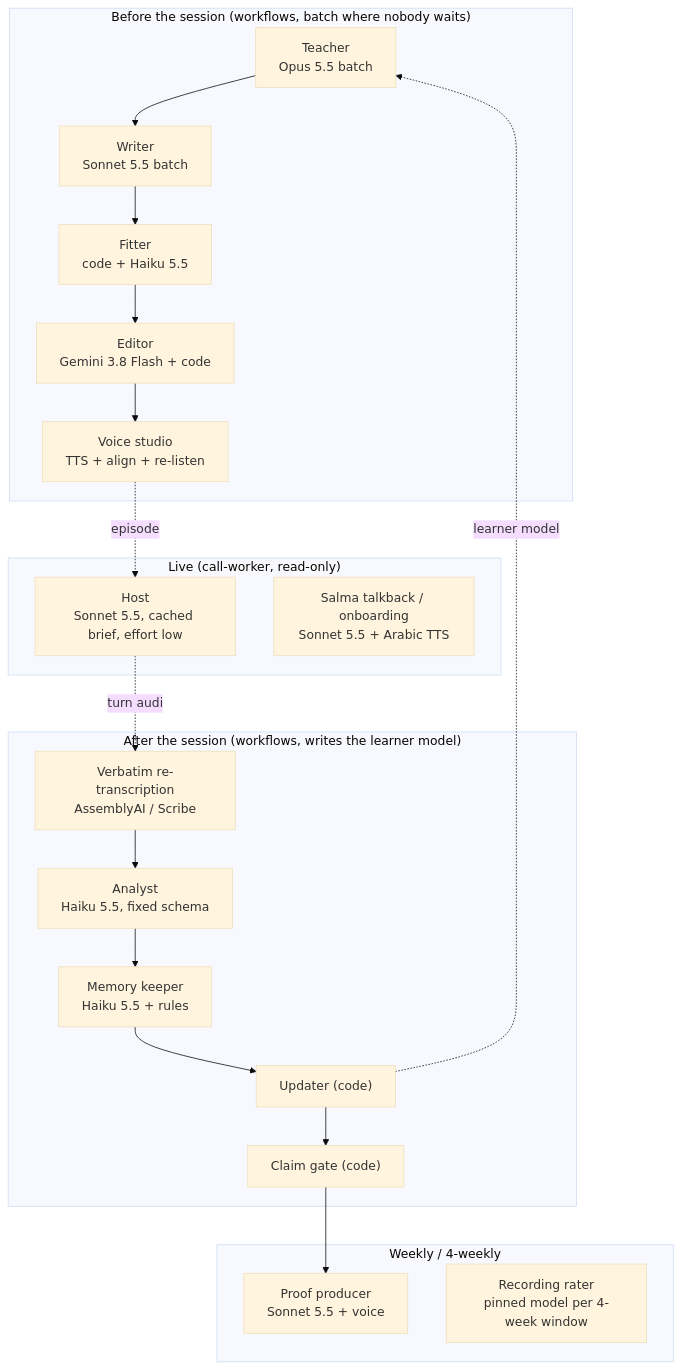
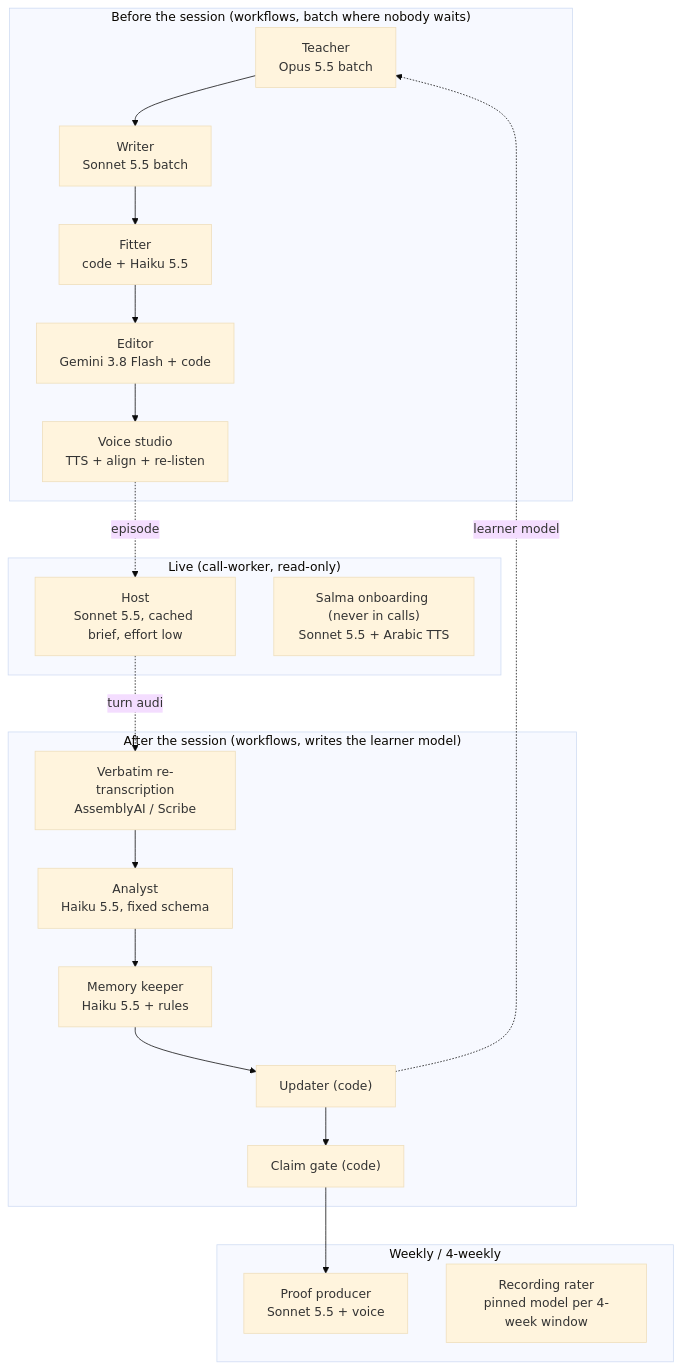
Before and after one commit to Muath-8/For-one: the second of 3 diagrams in technical-design/00-overview.md, drawn with Mermaid (base theme). The commit also changed other lines of this file and 105 other files, not shown here.

````diff
--- a/technical-design/00-overview.md
+++ b/technical-design/00-overview.md
@@ -102,21 +102,21 @@
 ```mermaid
 flowchart TB
   subgraph Before["Before the session (workflows, batch where nobody waits)"]
     T["Teacher<br/>Opus 5.5 batch"] --> W["Writer<br/>Sonnet 5.5 batch"] --> F["Fitter<br/>code + Haiku 5.5"] --> E["Editor<br/>Gemini 3.8 Flash + code"] --> V["Voice studio<br/>TTS + align + re-listen"]
   end
   subgraph Live["Live (call-worker, read-only)"]
     H["Host<br/>Sonnet 5.5, cached brief, effort low"]
-    S["Salma talkback / onboarding<br/>Sonnet 5.5 + Arabic TTS"]
+    S["Salma onboarding (never in calls)<br/>Sonnet 5.5 + Arabic TTS"]
   end
   subgraph After["After the session (workflows, writes the learner model)"]
     VT["Verbatim re-transcription<br/>AssemblyAI / Scribe"] --> A["Analyst<br/>Haiku 5.5, fixed schema"] --> MK["Memory keeper<br/>Haiku 5.5 + rules"] --> U["Updater (code)"] --> CG["Claim gate (code)"]
   end
   subgraph Weekly["Weekly / 4-weekly"]
     PP["Proof producer<br/>Sonnet 5.5 + voice"]
     R["Recording rater<br/>pinned model per 4-week window"]
   end
   V -.episode.-> H
   H -.turn audio.-> VT
   CG --> PP
   U -.learner model.-> T
 ```
````
